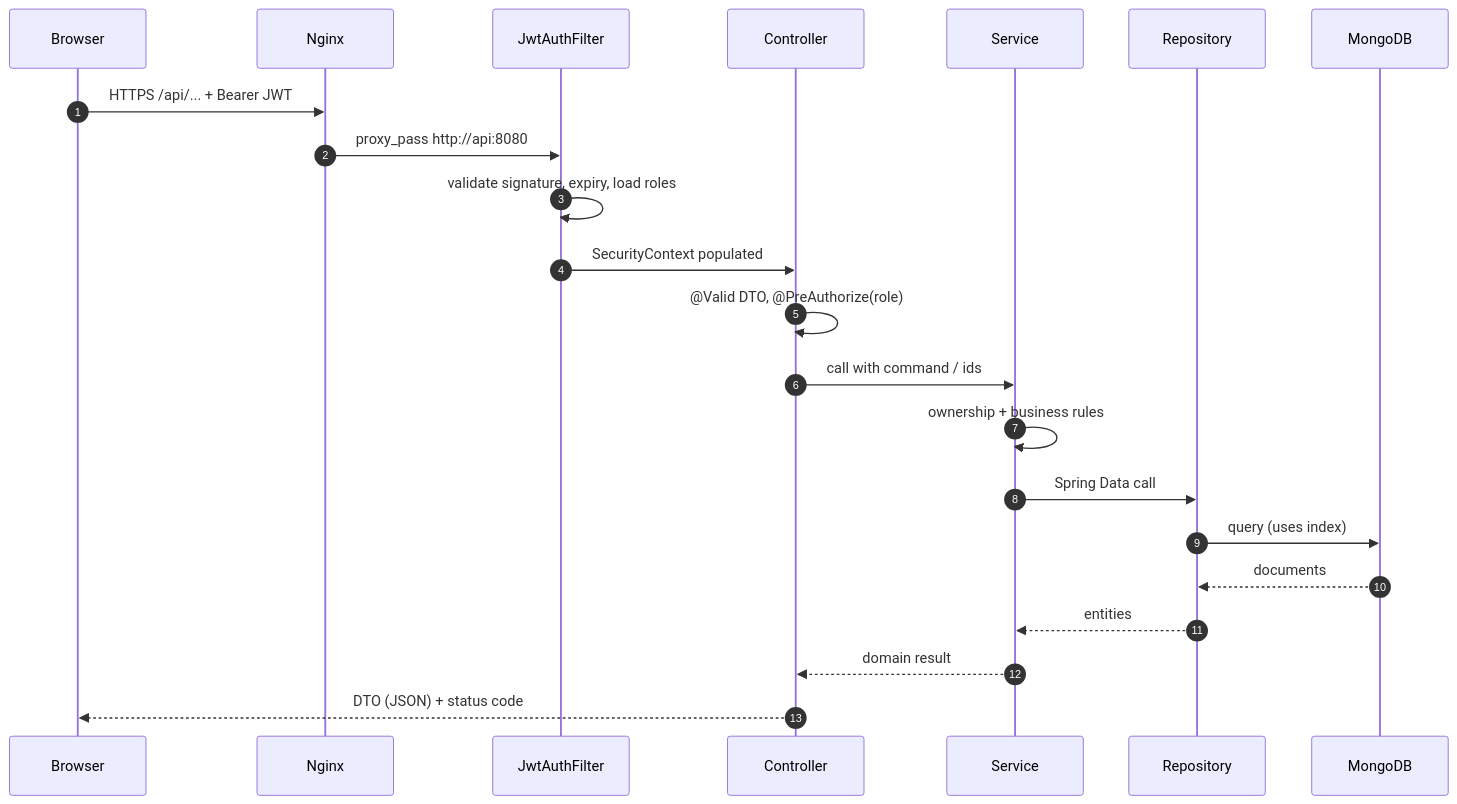
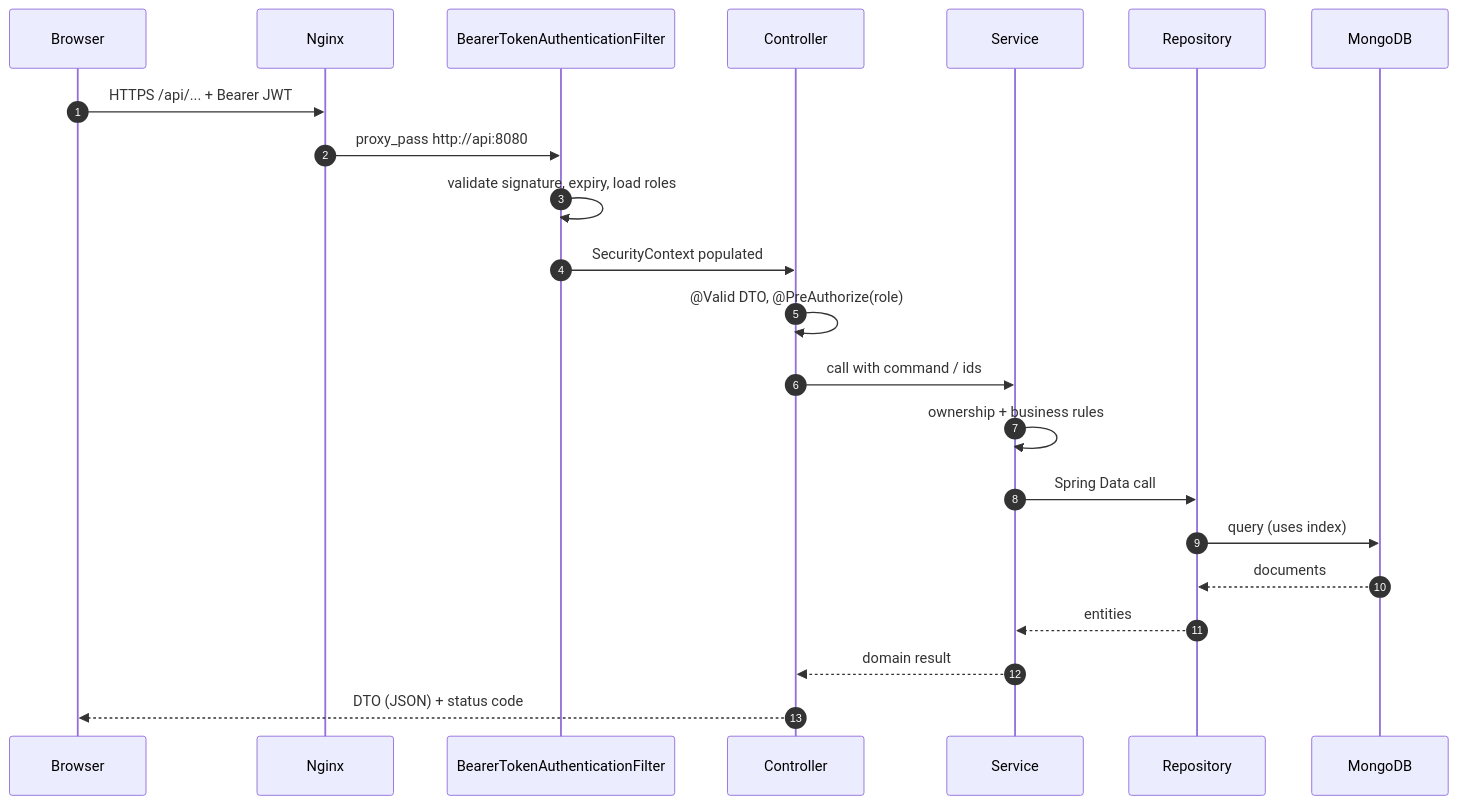
One commit to Iyed-M/olive-connect changed the third of 4 diagrams in docs/03-architecture.md. Above: the diagram before and after it, drawn with Mermaid. The commit also changed other lines of this file and 4 other files, not shown here.

````diff
--- a/docs/03-architecture.md
+++ b/docs/03-architecture.md
@@ -173,24 +174,24 @@
 ```mermaid
 sequenceDiagram
     autonumber
     participant B as Browser
     participant N as Nginx
-    participant F as JwtAuthFilter
+    participant F as BearerTokenAuthenticationFilter
     participant C as Controller
     participant S as Service
     participant R as Repository
     participant M as MongoDB
     B->>N: HTTPS /api/... + Bearer JWT
     N->>F: proxy_pass http://api:8080
     F->>F: validate signature, expiry, load roles
     F->>C: SecurityContext populated
     C->>C: @Valid DTO, @PreAuthorize(role)
     C->>S: call with command / ids
     S->>S: ownership + business rules
     S->>R: Spring Data call
     R->>M: query (uses index)
     M-->>R: documents
     R-->>S: entities
     S-->>C: domain result
     C-->>B: DTO (JSON) + status code
 ```
````
